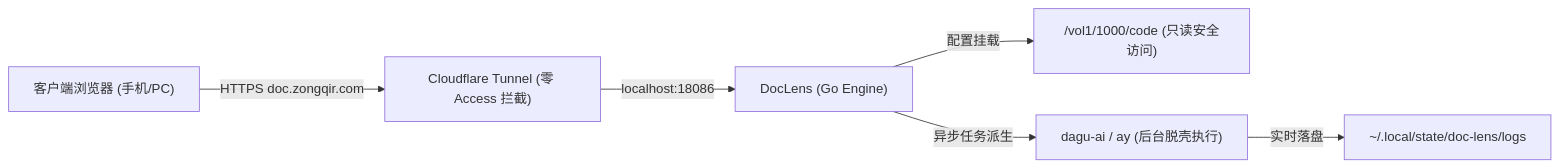
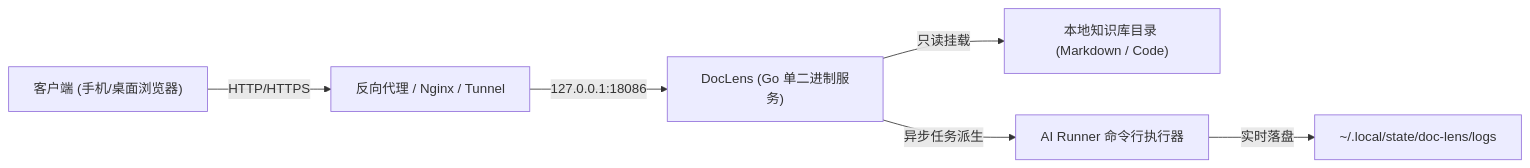
The diagram in README.md (zongqir/doc-lens), drawn with Mermaid before and after one commit. The commit also changed other lines of this file and 4 other files, not shown here.

````diff
--- a/README.md
+++ b/README.md
@@ -43,8 +65,8 @@
 ```mermaid
 flowchart LR
-    Browser["客户端浏览器 (手机/PC)"] -->|"HTTPS doc.zongqir.com"| CF["Cloudflare Tunnel (零 Access 拦截)"]
-    CF -->|"localhost:18086"| App["DocLens (Go Engine)"]
-    App -->|"配置挂载"| Repos["/vol1/1000/code (只读安全访问)"]
-    App -->|"异步任务派生"| Runner["dagu-ai / ay (后台脱壳执行)"]
+    Client["客户端 (手机/桌面浏览器)"] -->|"HTTP/HTTPS"| Gateway["反向代理 / Nginx / Tunnel"]
+    Gateway -->|"127.0.0.1:18086"| App["DocLens (Go 单二进制服务)"]
+    App -->|"只读挂载"| Docs["本地知识库目录 (Markdown / Code)"]
+    App -->|"异步任务派生"| Runner["AI Runner 命令行执行器"]
     Runner -->|"实时落盘"| Logs["~/.local/state/doc-lens/logs"]
 ```
````
